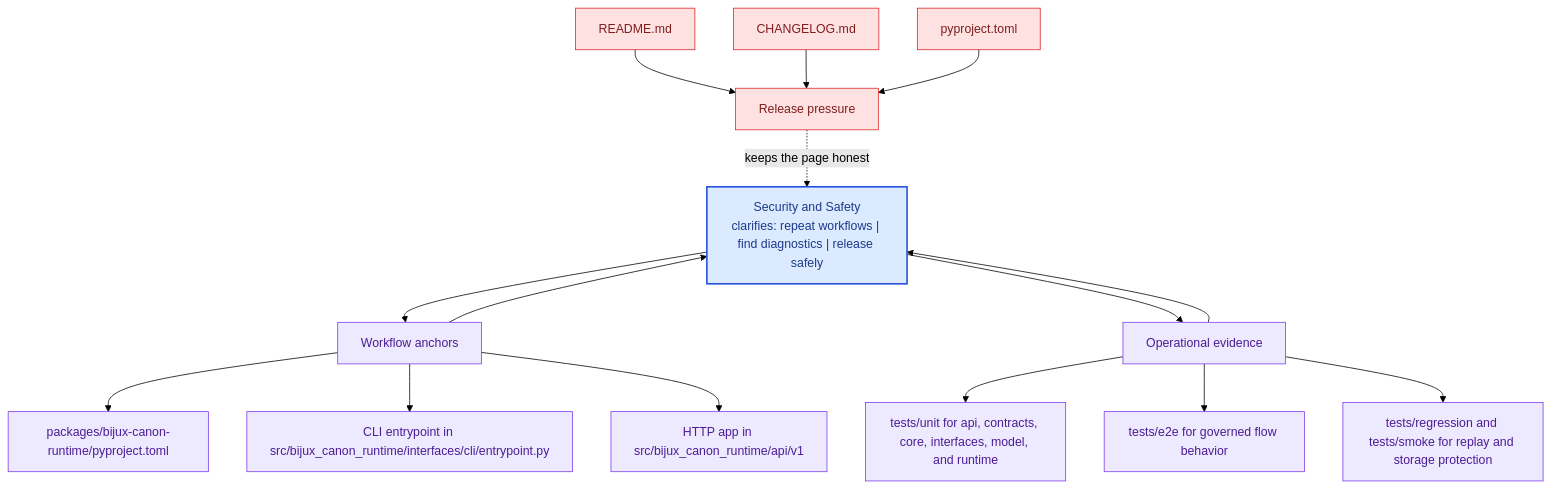
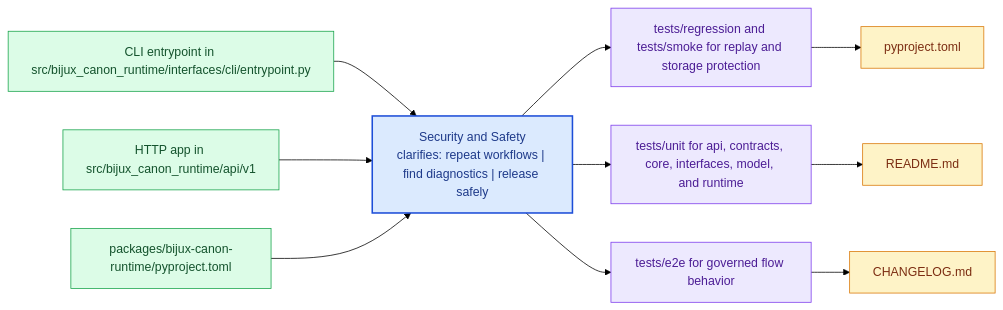
The diagram in docs/bijux-canon-runtime/operations/security-and-safety.md (bijux/bijux-canon), drawn with Mermaid (forest theme) before and after one commit. The commit also changed other lines of this file and 281 other files, not shown here.

Commit message:
docs(diagrams): replace repeated mermaid scaffolds with page-specific summaries

````diff
--- a/docs/bijux-canon-runtime/operations/security-and-safety.md
+++ b/docs/bijux-canon-runtime/operations/security-and-safety.md
@@ -67,41 +22,31 @@
 ```mermaid
-flowchart TB
-    promise["Security and Safety<br/>clarifies: repeat workflows | find diagnostics | release safely"]
-    classDef promise fill:#dbeafe,stroke:#1d4ed8,color:#1e3a8a,stroke-width:2px;
-    classDef driver fill:#dcfce7,stroke:#16a34a,color:#14532d;
-    classDef constraint fill:#fee2e2,stroke:#dc2626,color:#7f1d1d;
-    classDef ground fill:#ede9fe,stroke:#7c3aed,color:#4c1d95;
-    focus1["Workflow anchors"]
-    focus1 --> promise
-    promise --> focus1
-    focus1_1["packages/bijux-canon-runtime/pyproject.toml"]
-    focus1 --> focus1_1
-    focus1_2["CLI entrypoint in src/bijux_canon_runtime/interfaces/cli/entrypoint.py"]
-    focus1 --> focus1_2
-    focus1_3["HTTP app in src/bijux_canon_runtime/api/v1"]
-    focus1 --> focus1_3
-    class focus1 ground;
-    class focus1_1,focus1_2,focus1_3 ground;
-    focus2["Operational evidence"]
-    focus2 --> promise
-    promise --> focus2
-    focus2_1["tests/unit for api, contracts, core, interfaces, model, and runtime"]
-    focus2 --> focus2_1
-    focus2_2["tests/e2e for governed flow behavior"]
-    focus2 --> focus2_2
-    focus2_3["tests/regression and tests/smoke for replay and storage protection"]
-    focus2 --> focus2_3
-    class focus2 ground;
-    class focus2_1,focus2_2,focus2_3 ground;
-    focus3["Release pressure"]
-    focus3 -.keeps the page honest.-> promise
-    focus3_1["README.md"]
-    focus3_1 --> focus3
-    focus3_2["CHANGELOG.md"]
-    focus3_2 --> focus3
-    focus3_3["pyproject.toml"]
-    focus3_3 --> focus3
-    class focus3 constraint;
-    class focus3_1,focus3_2,focus3_3 constraint;
-    class promise promise;
+flowchart LR
+    page["Security and Safety<br/>clarifies: repeat workflows | find diagnostics | release safely"]
+    classDef page fill:#dbeafe,stroke:#1d4ed8,color:#1e3a8a,stroke-width:2px;
+    classDef positive fill:#dcfce7,stroke:#16a34a,color:#14532d;
+    classDef caution fill:#fee2e2,stroke:#dc2626,color:#7f1d1d;
+    classDef anchor fill:#ede9fe,stroke:#7c3aed,color:#4c1d95;
+    classDef action fill:#fef3c7,stroke:#d97706,color:#7c2d12;
+    step1["CLI entrypoint in src/bijux_canon_runtime/interfaces/cli/entrypoint.py"]
+    step1 --> page
+    step2["HTTP app in src/bijux_canon_runtime/api/v1"]
+    step2 --> page
+    step3["packages/bijux-canon-runtime/pyproject.toml"]
+    step3 --> page
+    run1["tests/regression and tests/smoke for replay and storage protection"]
+    page --> run1
+    run2["tests/unit for api, contracts, core, interfaces, model, and runtime"]
+    page --> run2
+    run3["tests/e2e for governed flow behavior"]
+    page --> run3
+    release1["pyproject.toml"]
+    run1 --> release1
+    release2["README.md"]
+    run2 --> release2
+    release3["CHANGELOG.md"]
+    run3 --> release3
+    class page page;
+    class step1,step2,step3 positive;
+    class run1,run2,run3 anchor;
+    class release1,release2,release3 action;
 ```
````
